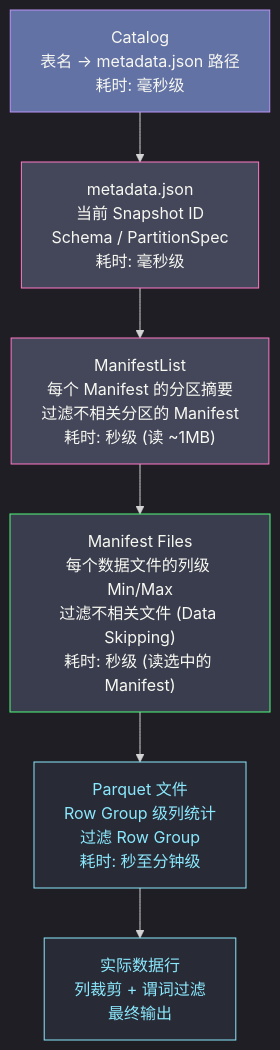
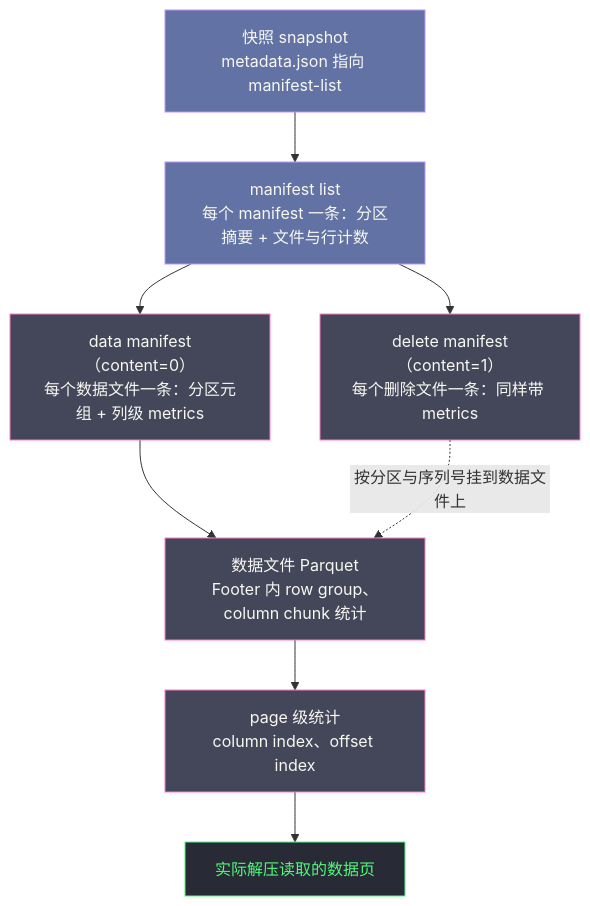
One commit to hpliStartAgain/my-brain changed the first of 6 diagrams in content/大数据/数据湖/Iceberg/05 查询优化——Partition Pruning、Column Metrics 与 Row-level Delete.md. Above: the diagram before and after it, drawn with Mermaid. The commit also changed other lines of this file and 259 other files, not shown here.

````diff
--- a/content/大数据/数据湖/Iceberg/05 查询优化——Partition Pruning、Column Metrics 与 Row-level Delete.md
+++ b/content/大数据/数据湖/Iceberg/05 查询优化——Partition Pruning、Column Metrics 与 Row-level Delete.md
@@ -28,21 +37,24 @@
 ```mermaid
-%%{init: {"theme": "dark", "themeVariables": {"primaryColor": "#6272a4", "edgeLabelBackground": "#44475a", "secondaryColor": "#44475a"}}}%%
-graph TD
-    C["Catalog</br>表名 → metadata.json 路径</br>耗时: 毫秒级"]
-    M["metadata.json</br>当前 Snapshot ID</br>Schema / PartitionSpec</br>耗时: 毫秒级"]
-    ML["ManifestList</br>每个 Manifest 的分区摘要</br>过滤不相关分区的 Manifest</br>耗时: 秒级 (读 ~1MB)"]
-    MF["Manifest Files</br>每个数据文件的列级 Min/Max</br>过滤不相关文件 (Data Skipping)</br>耗时: 秒级 (读选中的 Manifest)"]
-    P["Parquet 文件</br>Row Group 级列统计</br>过滤 Row Group</br>耗时: 秒至分钟级"]
-    D["实际数据行</br>列裁剪 + 谓词过滤</br>最终输出"]
-
-    C --> M --> ML --> MF --> P --> D
-
-    classDef catalog fill:#6272a4,stroke:#bd93f9,color:#f8f8f2
-    classDef meta fill:#44475a,stroke:#ff79c6,color:#f8f8f2
-    classDef manifest fill:#3a3d4d,stroke:#50fa7b,color:#f8f8f2
-    classDef parquet fill:#282a36,stroke:#8be9fd,color:#8be9fd
-    class C catalog
-    class M,ML meta
-    class MF manifest
-    class P,D parquet
+%%{init: {'theme': 'dracula'}}%%
+flowchart TD
+    S["快照 snapshot<br/>metadata.json 指向 manifest-list"]
+    ML["manifest list<br/>每个 manifest 一条：分区摘要 + 文件与行计数"]
+    MFD["data manifest（content=0）<br/>每个数据文件一条：分区元组 + 列级 metrics"]
+    MFL["delete manifest（content=1）<br/>每个删除文件一条：同样带 metrics"]
+    F["数据文件 Parquet<br/>Footer 内 row group、column chunk 统计"]
+    P["page 级统计<br/>column index、offset index"]
+    R["实际解压读取的数据页"]
+    S --> ML
+    ML --> MFD
+    ML --> MFL
+    MFD --> F
+    MFL -. "按分区与序列号挂到数据文件上" .-> F
+    F --> P
+    P --> R
+    classDef meta fill:#6272a4,stroke:#bd93f9,color:#f8f8f2
+    classDef file fill:#44475a,stroke:#ff79c6,color:#f8f8f2
+    classDef read fill:#282a36,stroke:#50fa7b,color:#50fa7b
+    class S,ML meta
+    class MFD,MFL,F,P file
+    class R read
 ```
````
